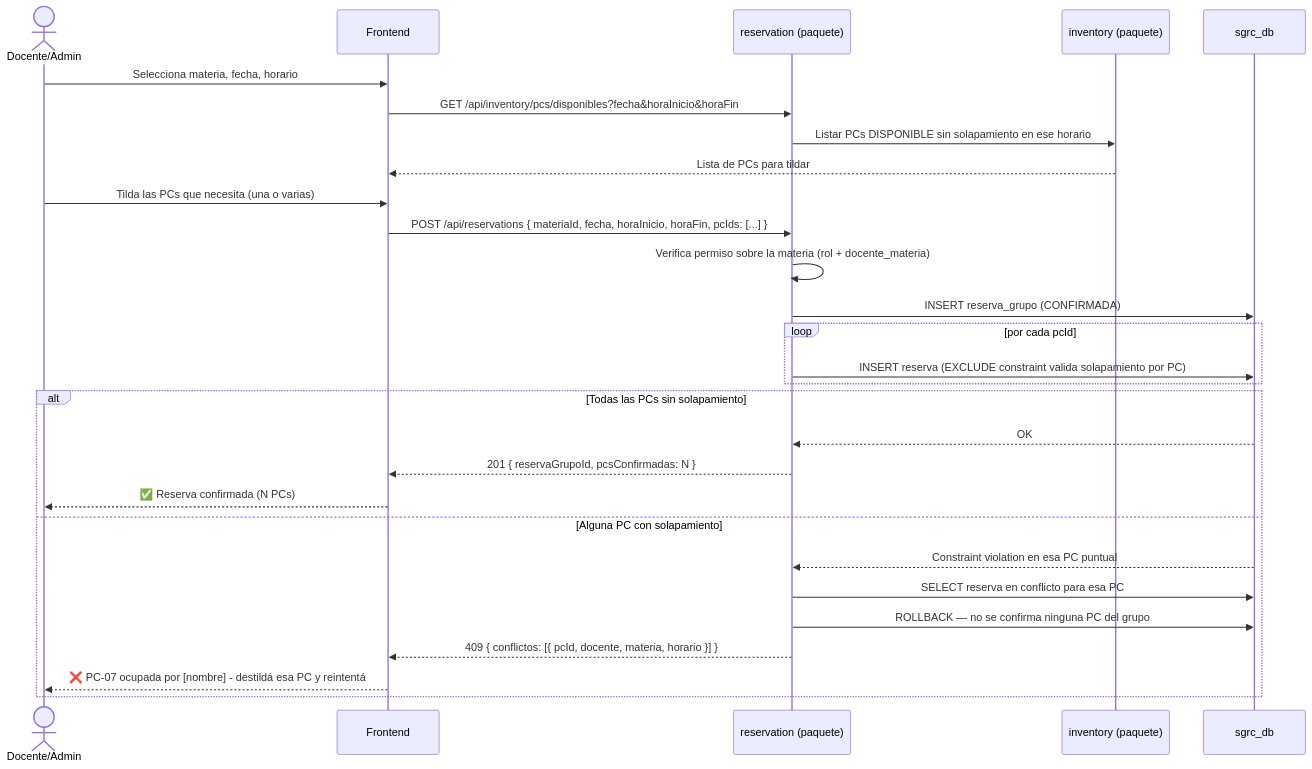
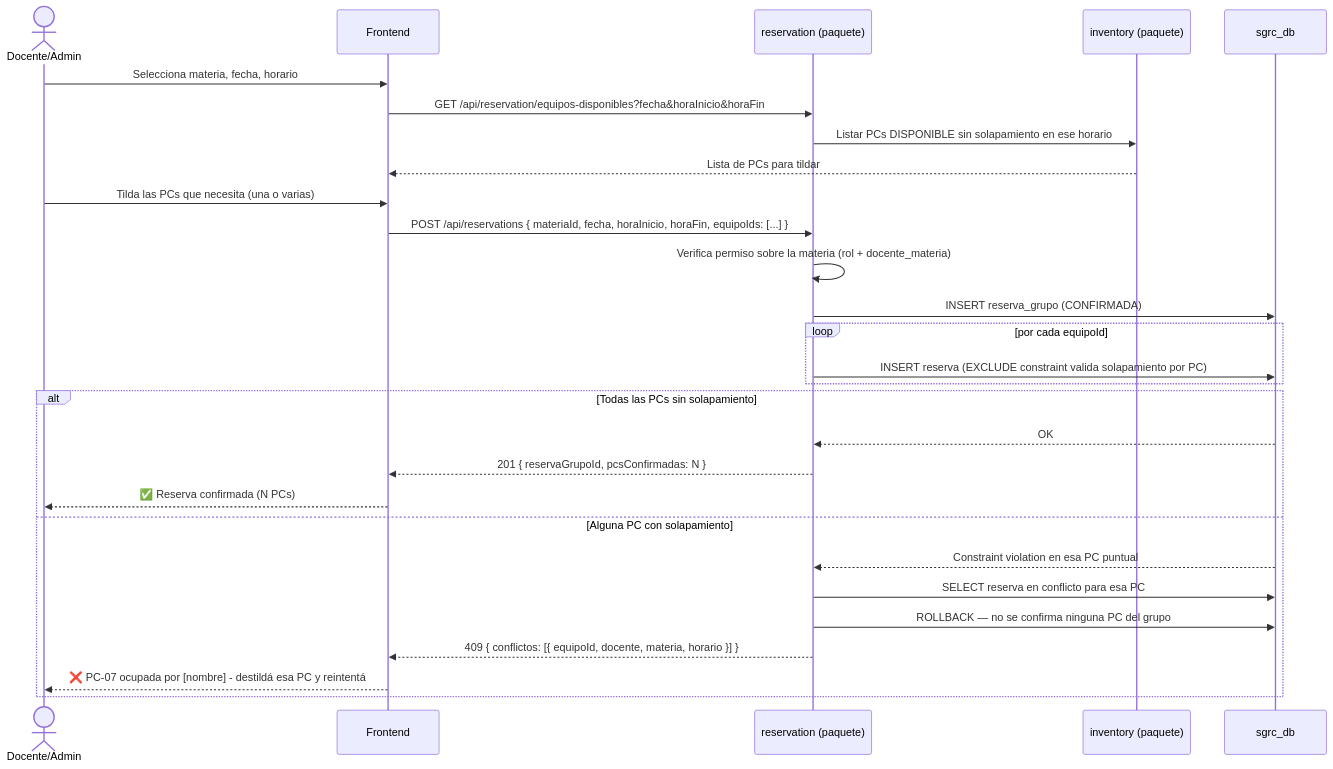
Before and after one commit to agustin-y2k/sgrc: the third of 13 diagrams in docs/04-diagramas-secuencia.md, drawn with Mermaid. The commit also changed other lines of this file and 140 other files, not shown here.

````diff
--- a/docs/04-diagramas-secuencia.md
+++ b/docs/04-diagramas-secuencia.md
@@ -92,31 +92,31 @@
 ```mermaid
 sequenceDiagram
     actor U as Docente/Admin
     participant FE as Frontend
     participant RES as reservation (paquete)
     participant INV as inventory (paquete)
     participant DB as sgrc_db
 
     U->>FE: Selecciona materia, fecha, horario
-    FE->>RES: GET /api/inventory/pcs/disponibles?fecha&horaInicio&horaFin
+    FE->>RES: GET /api/reservation/equipos-disponibles?fecha&horaInicio&horaFin
     RES->>INV: Listar PCs DISPONIBLE sin solapamiento en ese horario
     INV-->>FE: Lista de PCs para tildar
     U->>FE: Tilda las PCs que necesita (una o varias)
-    FE->>RES: POST /api/reservations { materiaId, fecha, horaInicio, horaFin, pcIds: [...] }
+    FE->>RES: POST /api/reservations { materiaId, fecha, horaInicio, horaFin, equipoIds: [...] }
     RES->>RES: Verifica permiso sobre la materia (rol + docente_materia)
     RES->>DB: INSERT reserva_grupo (CONFIRMADA)
-    loop por cada pcId
+    loop por cada equipoId
         RES->>DB: INSERT reserva (EXCLUDE constraint valida solapamiento por PC)
     end
     alt Todas las PCs sin solapamiento
         DB-->>RES: OK
         RES-->>FE: 201 { reservaGrupoId, pcsConfirmadas: N }
         FE-->>U: ✅ Reserva confirmada (N PCs)
     else Alguna PC con solapamiento
         DB-->>RES: Constraint violation en esa PC puntual
         RES->>DB: SELECT reserva en conflicto para esa PC
         RES->>DB: ROLLBACK — no se confirma ninguna PC del grupo
-        RES-->>FE: 409 { conflictos: [{ pcId, docente, materia, horario }] }
+        RES-->>FE: 409 { conflictos: [{ equipoId, docente, materia, horario }] }
         FE-->>U: ❌ PC-07 ocupada por [nombre] - destildá esa PC y reintentá
     end
 ```
````
